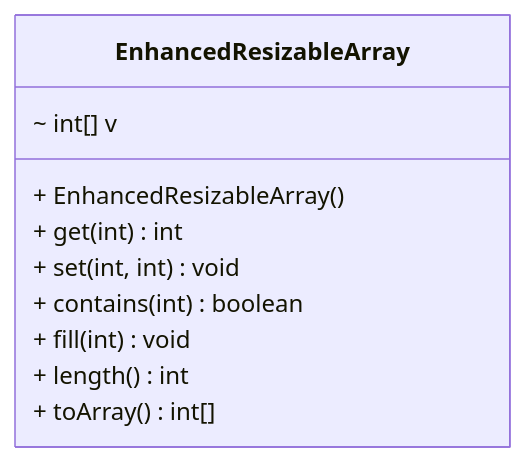
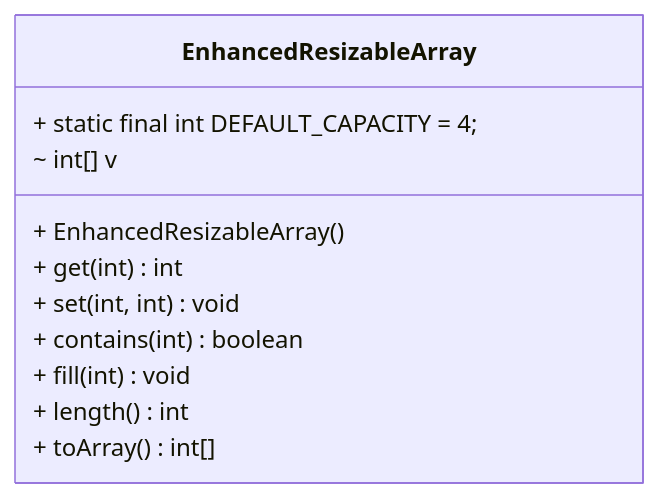
One commit to nbicocchi/learn-java-core changed the sixth of 13 diagrams in src/main/java/com/nbicocchi/exercises/oop/README.md. Above: the diagram before and after it, drawn with Mermaid.

````diff
--- a/src/main/java/com/nbicocchi/exercises/oop/README.md
+++ b/src/main/java/com/nbicocchi/exercises/oop/README.md
@@ -190,14 +190,15 @@
 ```mermaid
 classDiagram
 direction BT
 class EnhancedResizableArray {
+  + static final int DEFAULT_CAPACITY = 4;
   ~ int[] v
   + EnhancedResizableArray() 
   + get(int) int
   + set(int, int) void
   + contains(int) boolean
   + fill(int) void
   + length() int
   + toArray() int[]
 }
 ```
````
